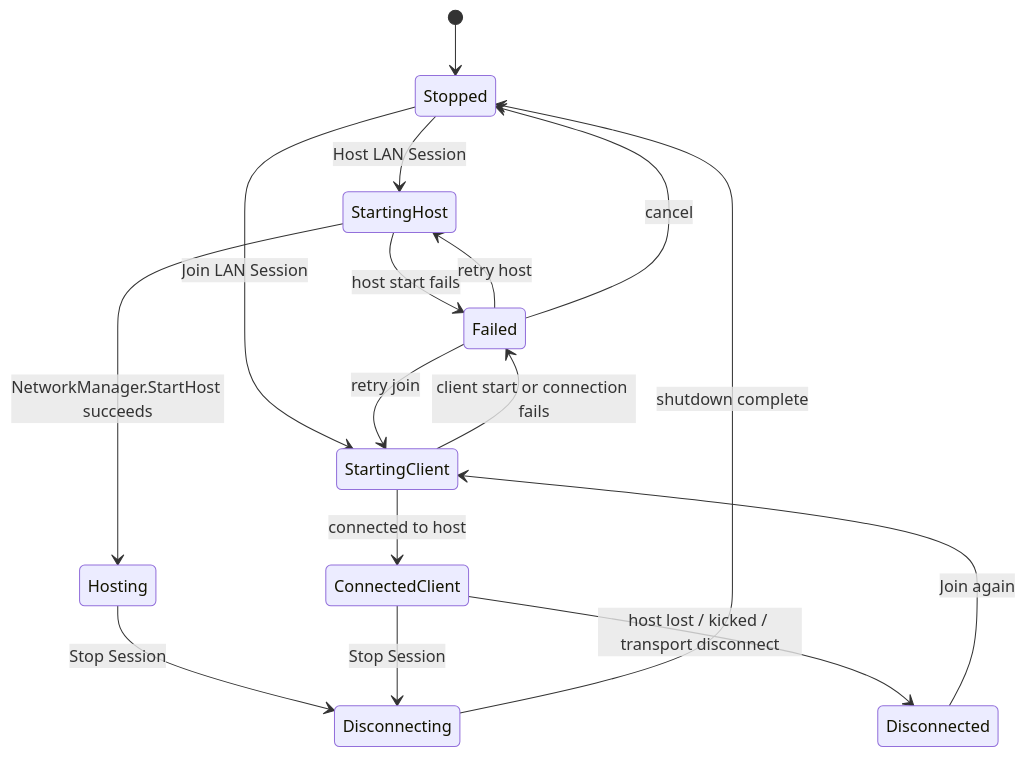
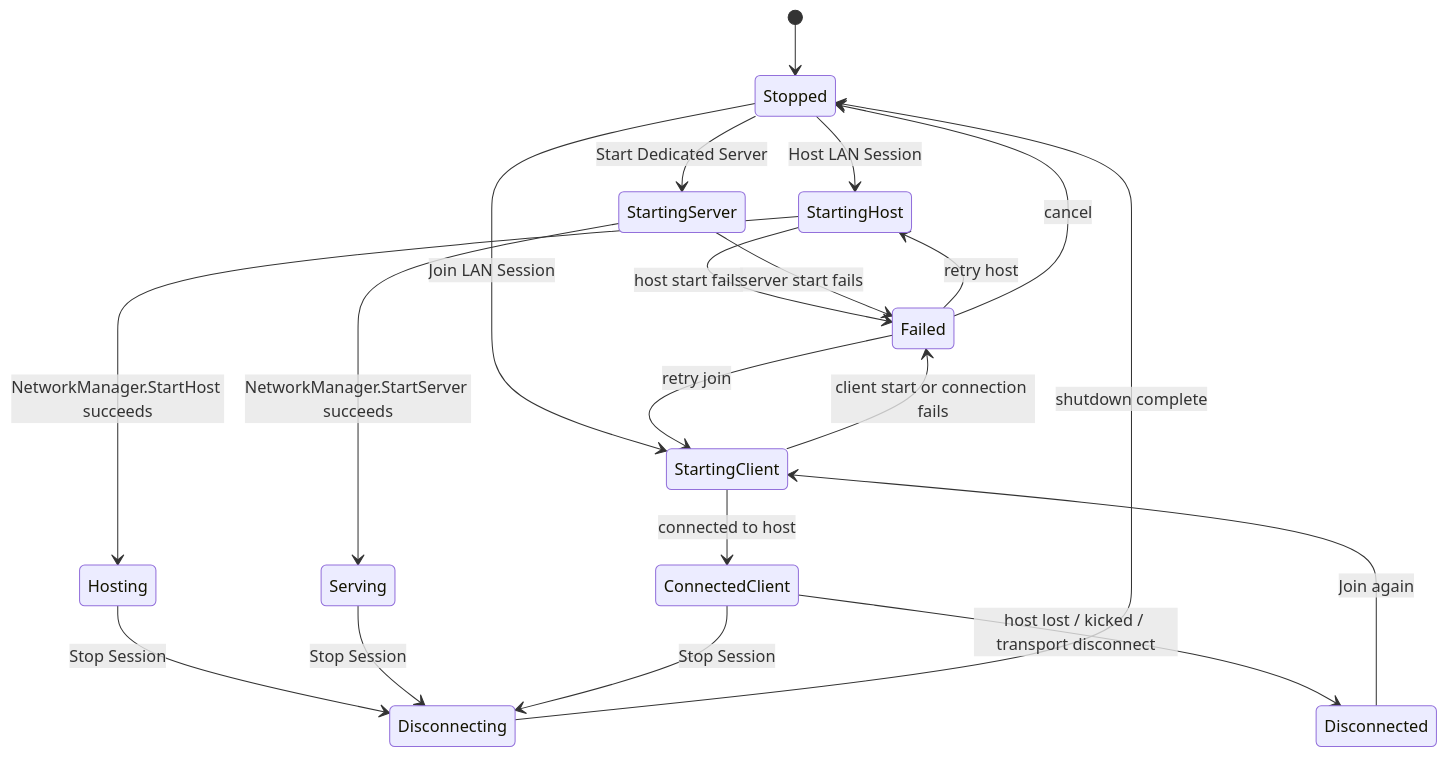
The diagram in docs/rulesets/voxel_multiplayer_networking_ruleset.md (eslutz/Blockiverse-VR), drawn with Mermaid before and after one commit. The commit also changed other lines of this file and 156 other files, not shown here.

Commit message:
Self-hosted dedicated server: build, package, ship (#339)

````diff
--- a/docs/rulesets/voxel_multiplayer_networking_ruleset.md
+++ b/docs/rulesets/voxel_multiplayer_networking_ruleset.md
@@ -114,20 +133,25 @@
 ```mermaid
 stateDiagram-v2
     [*] --> Stopped
 
     Stopped --> StartingHost: Host LAN Session
     StartingHost --> Hosting: NetworkManager.StartHost succeeds
     StartingHost --> Failed: host start fails
     Hosting --> Disconnecting: Stop Session
     Disconnecting --> Stopped: shutdown complete
+
+    Stopped --> StartingServer: Start Dedicated Server
+    StartingServer --> Serving: NetworkManager.StartServer succeeds
+    StartingServer --> Failed: server start fails
+    Serving --> Disconnecting: Stop Session
 
     Stopped --> StartingClient: Join LAN Session
     StartingClient --> ConnectedClient: connected to host
     StartingClient --> Failed: client start or connection fails
     ConnectedClient --> Disconnected: host lost / kicked / transport disconnect
     ConnectedClient --> Disconnecting: Stop Session
     Disconnected --> StartingClient: Join again
     Failed --> StartingHost: retry host
     Failed --> StartingClient: retry join
     Failed --> Stopped: cancel
 ```
````
